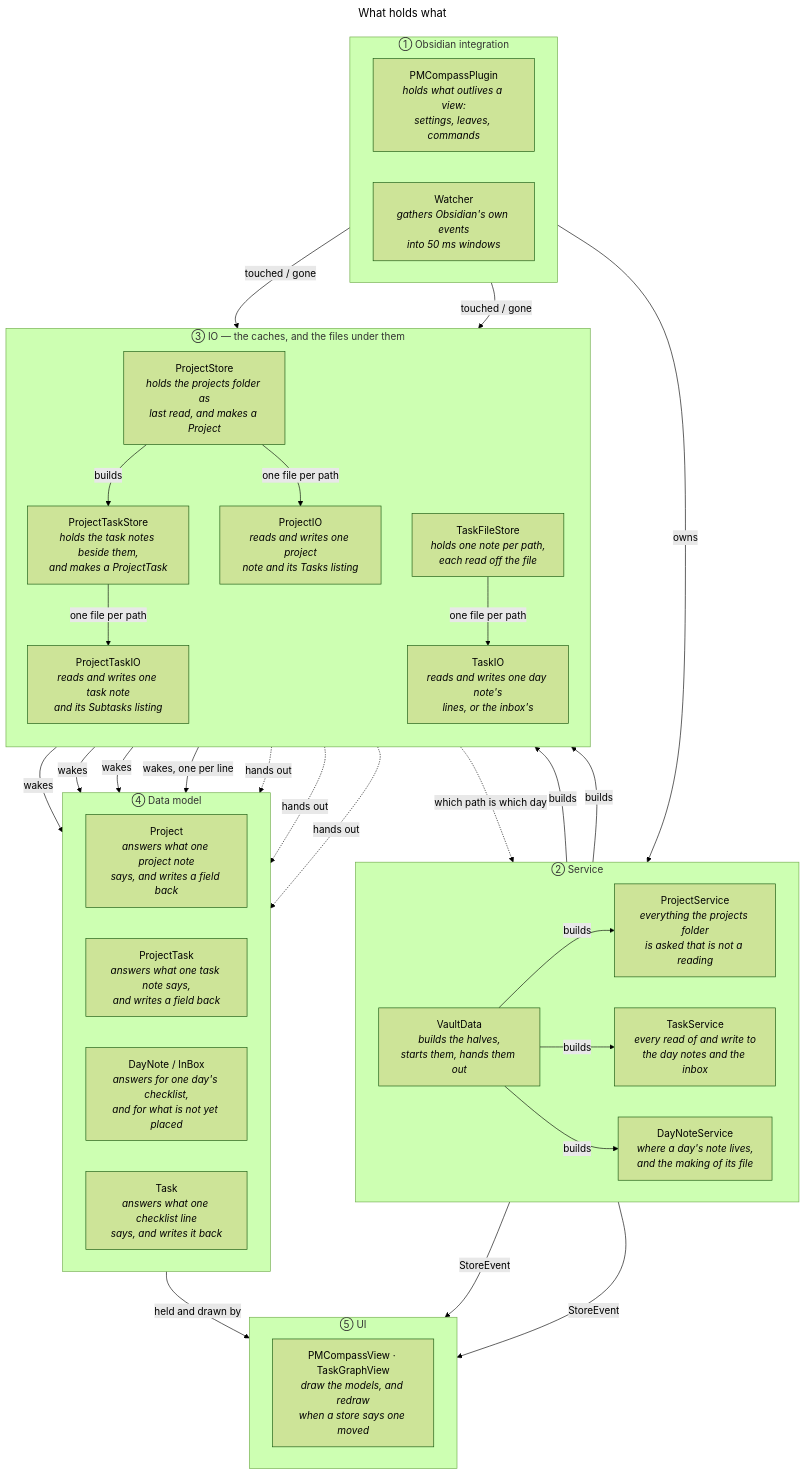
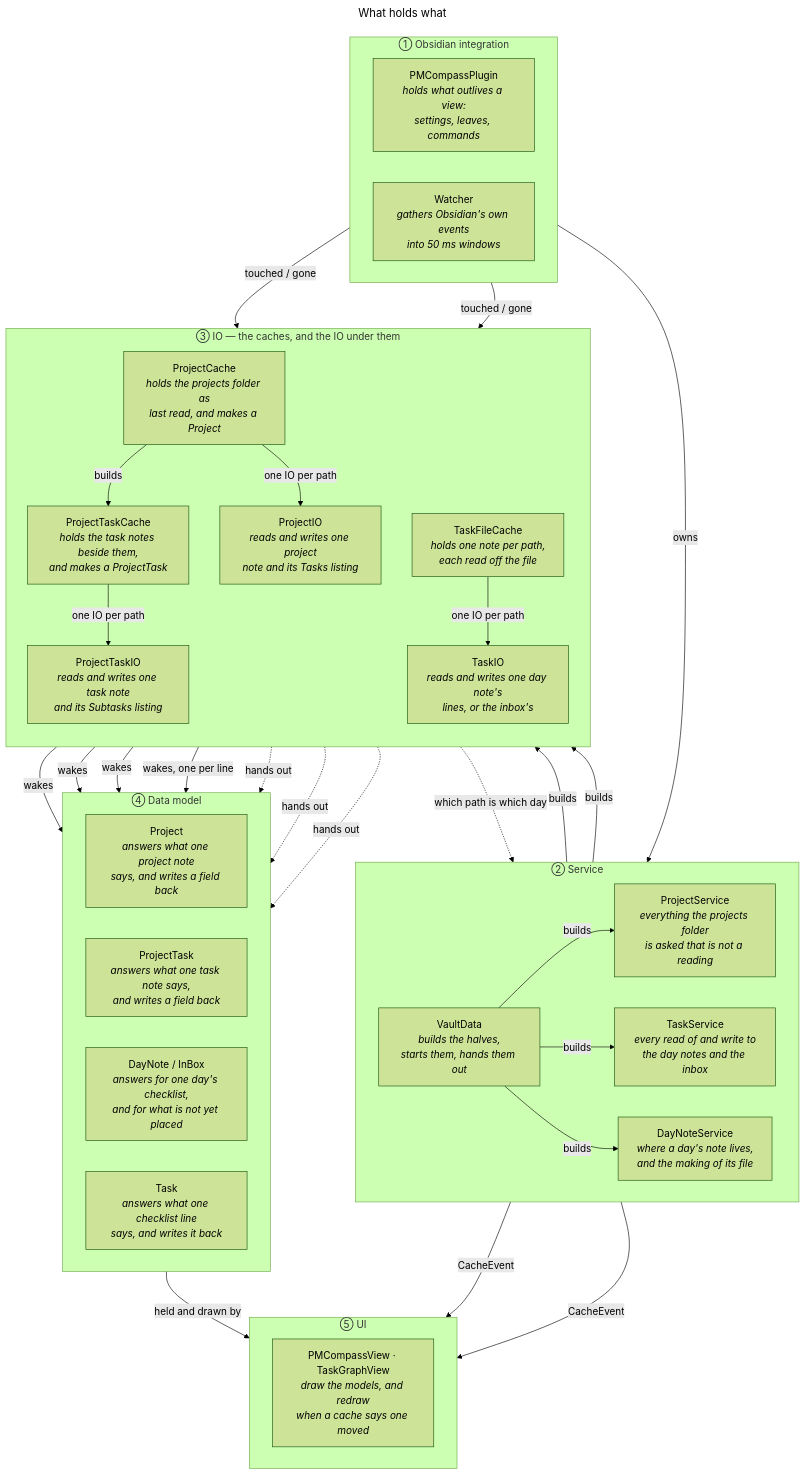
One commit to Laurent-Ferier/pm-compass changed the diagram in docs/technical/diagrams/overview.mmd. Above: the diagram before and after it, drawn with Mermaid (forest theme). The commit also changed 104 other files, not shown here.

```diff
--- a/docs/technical/diagrams/overview.mmd
+++ b/docs/technical/diagrams/overview.mmd
@@ -1,68 +1,68 @@
 ---
 title: What holds what
 ---
 graph TB
   subgraph obsidian["① Obsidian integration"]
     direction LR
     Plugin["PMCompassPlugin<br/><i>holds what outlives a view:<br/>settings, leaves, commands</i>"]
     Watcher["Watcher<br/><i>gathers Obsidian's own events<br/>into 50 ms windows</i>"]
   end
 
   subgraph service["② Service"]
     direction LR
     Vault["VaultData<br/><i>builds the halves,<br/>starts them, hands them out</i>"]
     Tasks["TaskService<br/><i>every read of and write to<br/>the day notes and the inbox</i>"]
     Projects["ProjectService<br/><i>everything the projects folder<br/>is asked that is not a reading</i>"]
     DayNotes["DayNoteService<br/><i>where a day's note lives,<br/>and the making of its file</i>"]
   end
 
-  subgraph io["③ IO — the caches, and the files under them"]
+  subgraph io["③ IO — the caches, and the IO under them"]
     direction TB
-    ProjectStore["ProjectStore<br/><i>holds the projects folder as<br/>last read, and makes a Project</i>"]
-    ProjectTaskStore["ProjectTaskStore<br/><i>holds the task notes beside them,<br/>and makes a ProjectTask</i>"]
-    Days["TaskFileStore<br/><i>holds one note per path,<br/>each read off the file</i>"]
+    ProjectCache["ProjectCache<br/><i>holds the projects folder as<br/>last read, and makes a Project</i>"]
+    ProjectTaskCache["ProjectTaskCache<br/><i>holds the task notes beside them,<br/>and makes a ProjectTask</i>"]
+    Days["TaskFileCache<br/><i>holds one note per path,<br/>each read off the file</i>"]
     ProjectIO["ProjectIO<br/><i>reads and writes one project<br/>note and its Tasks listing</i>"]
     ProjectTaskIO["ProjectTaskIO<br/><i>reads and writes one task note<br/>and its Subtasks listing</i>"]
     TaskIO["TaskIO<br/><i>reads and writes one day note's<br/>lines, or the inbox's</i>"]
   end
 
   subgraph models["④ Data model"]
     direction LR
     Project["Project<br/><i>answers what one project note<br/>says, and writes a field back</i>"]
     ProjectTask["ProjectTask<br/><i>answers what one task note says,<br/>and writes a field back</i>"]
     DayNote["DayNote / InBox<br/><i>answers for one day's checklist,<br/>and for what is not yet placed</i>"]
     Task["Task<br/><i>answers what one checklist line<br/>says, and writes it back</i>"]
   end
 
   subgraph ui["⑤ UI"]
     direction LR
-    Views["PMCompassView · TaskGraphView<br/><i>draw the models, and redraw<br/>when a store says one moved</i>"]
+    Views["PMCompassView · TaskGraphView<br/><i>draw the models, and redraw<br/>when a cache says one moved</i>"]
   end
 
   Plugin -->|owns| Vault
-  Watcher -->|touched / gone| ProjectStore
+  Watcher -->|touched / gone| ProjectCache
   Watcher -->|touched / gone| Days
 
   Vault -->|builds| Projects
   Vault -->|builds| Tasks
   Vault -->|builds| DayNotes
-  Projects -->|builds| ProjectStore
-  ProjectStore -->|builds| ProjectTaskStore
+  Projects -->|builds| ProjectCache
+  ProjectCache -->|builds| ProjectTaskCache
   Tasks -->|builds| Days
   Days -.->|which path is which day| DayNotes
-  ProjectStore -->|one file per path| ProjectIO
-  ProjectTaskStore -->|one file per path| ProjectTaskIO
-  Days -->|one file per path| TaskIO
+  ProjectCache -->|one IO per path| ProjectIO
+  ProjectTaskCache -->|one IO per path| ProjectTaskIO
+  Days -->|one IO per path| TaskIO
 
   ProjectIO -->|wakes| Project
   ProjectTaskIO -->|wakes| ProjectTask
   TaskIO -->|wakes| DayNote
   TaskIO -->|wakes, one per line| Task
 
-  ProjectStore -.->|hands out| Project
-  ProjectTaskStore -.->|hands out| ProjectTask
+  ProjectCache -.->|hands out| Project
+  ProjectTaskCache -.->|hands out| ProjectTask
   Days -.->|hands out| DayNote
 
   models -->|held and drawn by| Views
-  Projects -->|StoreEvent| Views
-  Tasks -->|StoreEvent| Views
+  Projects -->|CacheEvent| Views
+  Tasks -->|CacheEvent| Views
```
